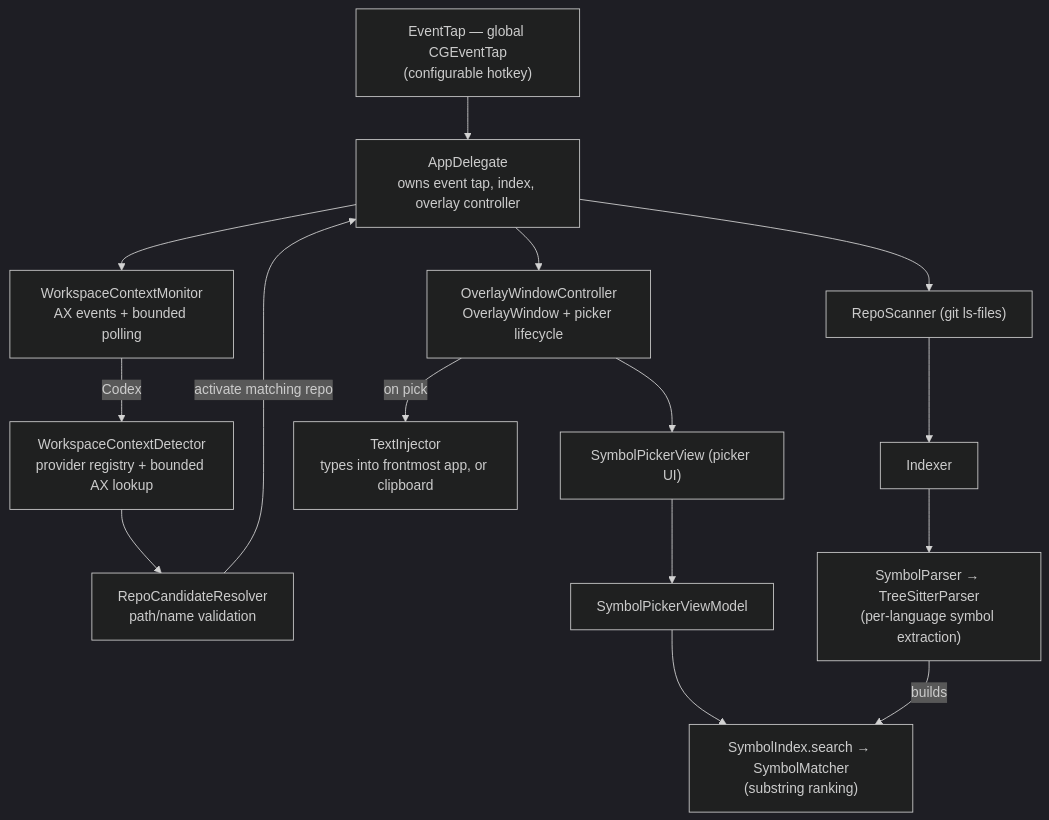
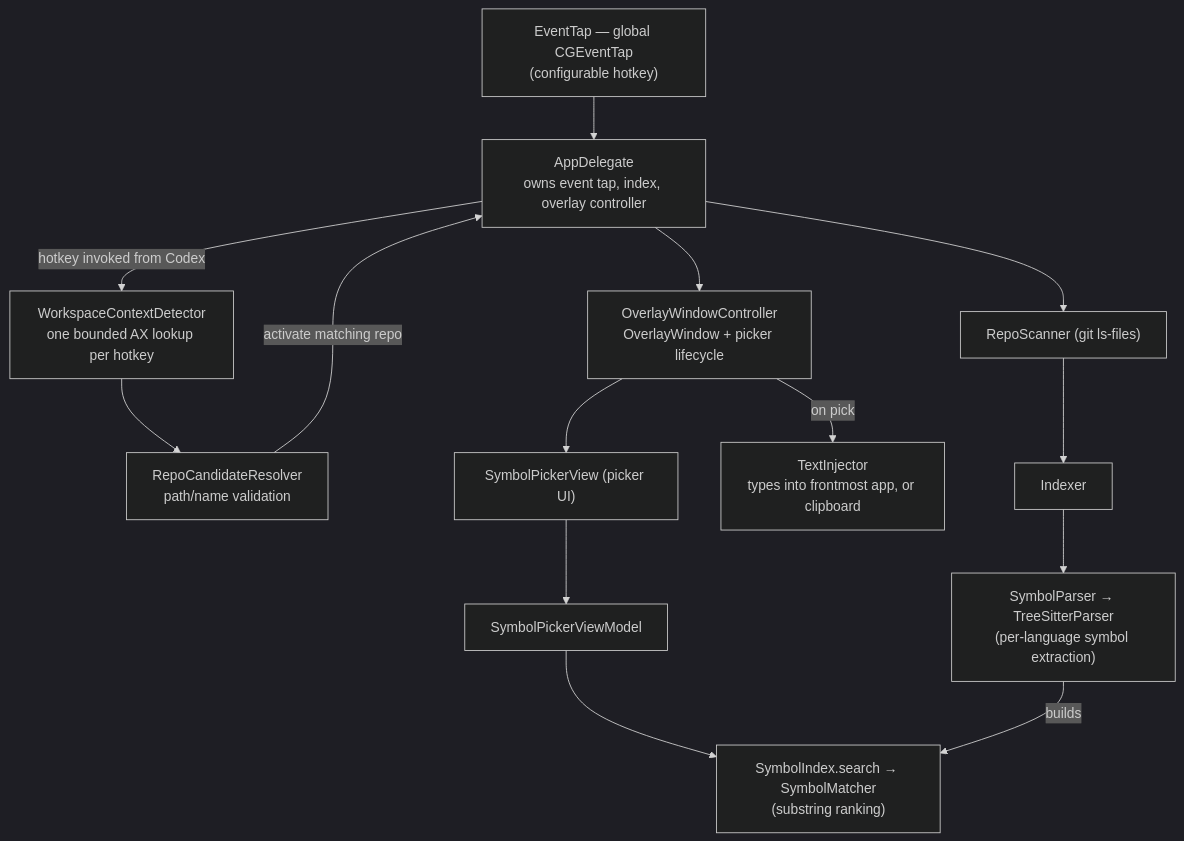
Before and after one commit to one-melange/symbol-scan: the diagram in README.md, drawn with Mermaid (dark theme). The commit also changed other lines of this file and 9 other files, not shown here.

Commit message:
Run Codex detection only on hotkey

````diff
--- a/README.md
+++ b/README.md
@@ -109,28 +108,26 @@
 ```mermaid
 flowchart TD
     Trigger["EventTap — global CGEventTap<br/>(configurable hotkey)"]
     App["AppDelegate<br/>owns event tap, index, overlay controller"]
-    Monitor["WorkspaceContextMonitor<br/>AX events + bounded polling"]
-    Context["WorkspaceContextDetector<br/>provider registry + bounded AX lookup"]
+    Context["WorkspaceContextDetector<br/>one bounded AX lookup per hotkey"]
     Resolver["RepoCandidateResolver<br/>path/name validation"]
     OWC["OverlayWindowController<br/>OverlayWindow + picker lifecycle"]
     View["SymbolPickerView (picker UI)"]
     VM["SymbolPickerViewModel"]
     Index["SymbolIndex.search → SymbolMatcher<br/>(substring ranking)"]
     Injector["TextInjector<br/>types into frontmost app, or clipboard"]
 
     Scanner["RepoScanner (git ls-files)"]
     Indexer["Indexer"]
     Parser["SymbolParser → TreeSitterParser<br/>(per-language symbol extraction)"]
 
     Trigger --> App
-    App --> Monitor
-    Monitor -->|Codex| Context --> Resolver -->|activate matching repo| App
+    App -->|hotkey invoked from Codex| Context --> Resolver -->|activate matching repo| App
     App --> OWC
     OWC --> View --> VM --> Index
     OWC -->|on pick| Injector
 
     App --> Scanner
     Scanner --> Indexer --> Parser
     Parser -->|builds| Index
 ```
````
